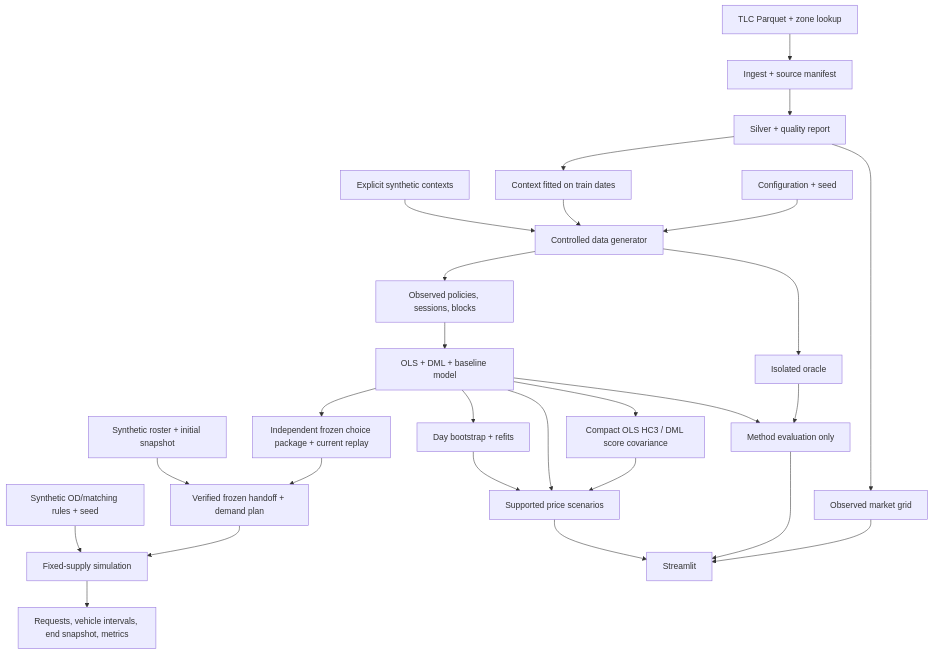
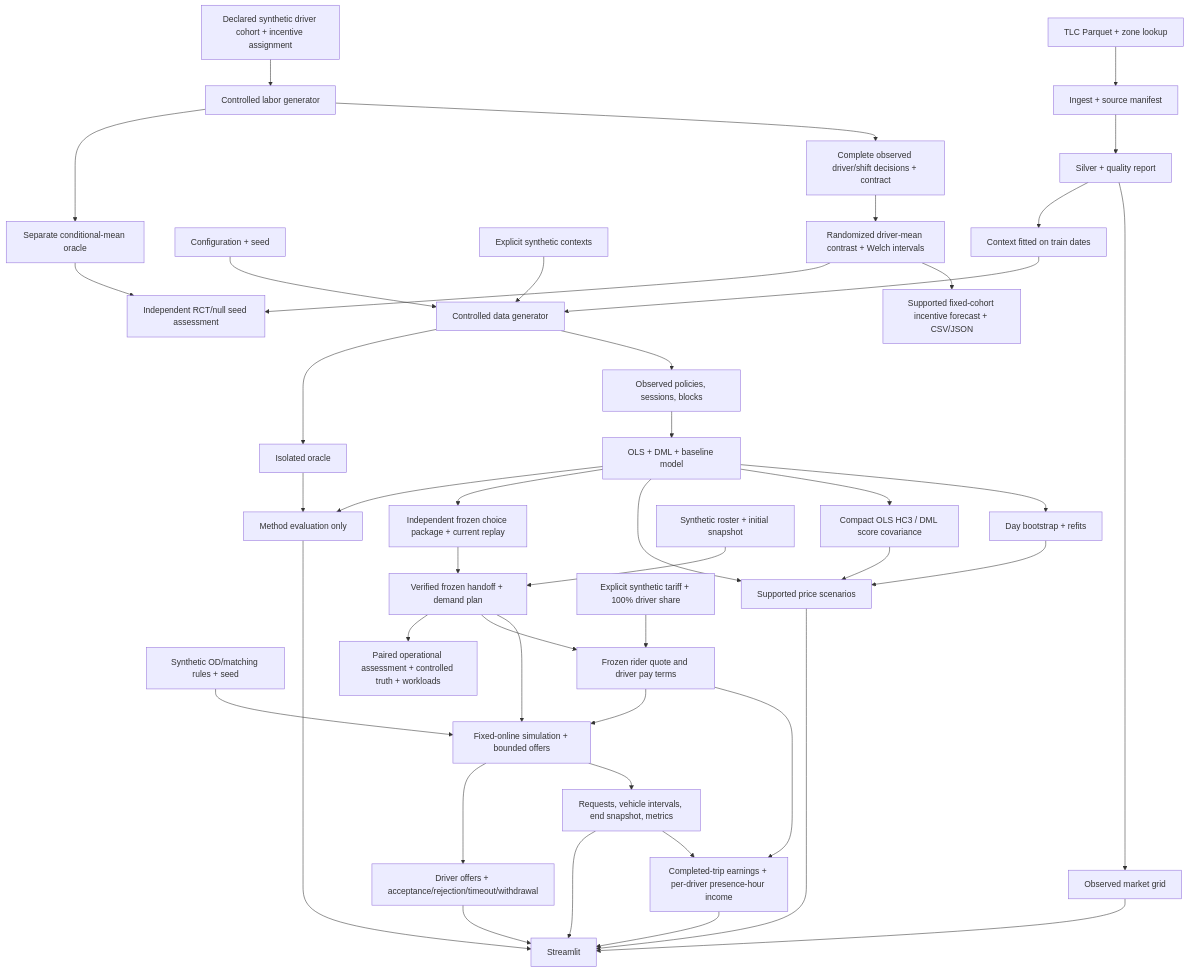
Before and after one commit to Muscar1a/gsm-ride-hailing: the first of 2 diagrams in docs/ARCHITECTURE.md, drawn with Mermaid. The commit also changed other lines of this file and 51 other files, not shown here.

Commit message:
feat(simulation): complete and accept Week 3 PoC with fixed online drivers

````diff
--- a/docs/ARCHITECTURE.md
+++ b/docs/ARCHITECTURE.md
@@ -30,29 +41,46 @@
 ```mermaid
 flowchart TD
   TLC[TLC Parquet + zone lookup] --> Ingest[Ingest + source manifest]
   Ingest --> Silver[Silver + quality report]
   Silver --> Mart[Observed market grid]
   Silver --> Context[Context fitted on train dates]
   Config[Configuration + seed] --> Generate[Controlled data generator]
   Context --> Generate
   Offline[Explicit synthetic contexts] --> Generate
   Generate --> Observed[Observed policies, sessions, blocks]
   Generate --> Oracle[Isolated oracle]
   Observed --> Fit[OLS + DML + baseline model]
   Fit --> Bootstrap[Day bootstrap + refits]
   Fit --> Covariance[Compact OLS HC3 / DML score covariance]
   Covariance --> Scenario
   Fit --> Scenario[Supported price scenarios]
   Fit --> Handoff[Independent frozen choice package + current replay]
   Handoff --> Demand[Verified frozen handoff + demand plan]
   Snapshot[Synthetic roster + initial snapshot] --> Demand
-  Demand --> Simulate[Fixed-supply simulation]
+  Demand --> Simulate[Fixed-online simulation + bounded offers]
   Rules[Synthetic OD/matching rules + seed] --> Simulate
   Simulate --> Trajectories[Requests, vehicle intervals, end snapshot, metrics]
+  Compensation[Explicit synthetic tariff + 100% driver share] --> Terms[Frozen rider quote and driver pay terms]
+  Demand --> Terms
+  Terms --> Earnings[Completed-trip earnings + per-driver presence-hour income]
+  Terms --> Simulate
+  Trajectories --> Earnings
+  Simulate --> Offers[Driver offers + acceptance/rejection/timeout/withdrawal]
+  Offers --> UI
+  Trajectories --> UI
+  Earnings --> UI
+  Demand --> MarketEvaluate[Paired operational assessment + controlled truth + workloads]
   Bootstrap --> Scenario
   Oracle --> Evaluate[Method evaluation only]
   Fit --> Evaluate
   Mart --> UI[Streamlit]
   Evaluate --> UI
   Scenario --> UI
+  SupplySpec[Declared synthetic driver cohort + incentive assignment] --> SupplyGenerate[Controlled labor generator]
+  SupplyGenerate --> SupplyObserved[Complete observed driver/shift decisions + contract]
+  SupplyGenerate --> SupplyOracle[Separate conditional-mean oracle]
+  SupplyObserved --> SupplyFit[Randomized driver-mean contrast + Welch intervals]
+  SupplyFit --> SupplyScenario[Supported fixed-cohort incentive forecast + CSV/JSON]
+  SupplyFit --> SupplyEvaluate[Independent RCT/null seed assessment]
+  SupplyOracle --> SupplyEvaluate
 ```
````
